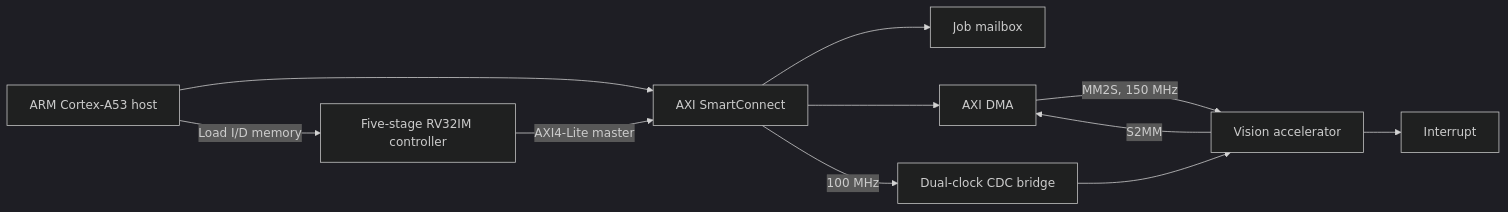
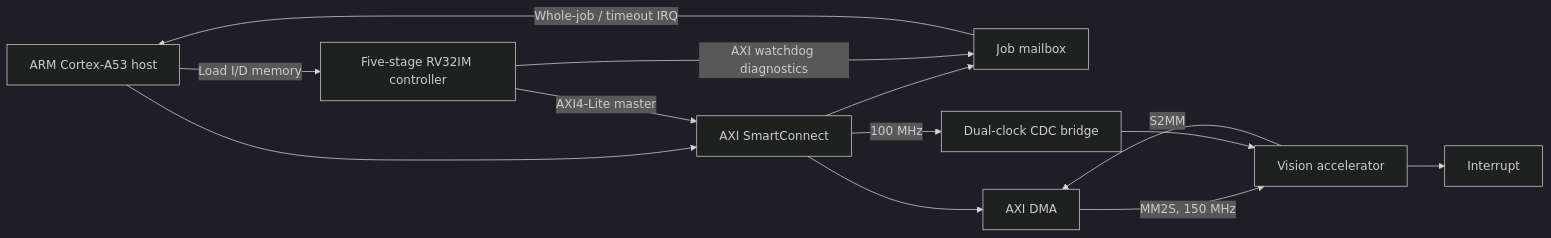
Before and after one commit to michaelgirg/zynq-ultra96-ai-vision-accelerator: the diagram in README.md, drawn with Mermaid (dark theme). The commit also changed other lines of this file and 18 other files, not shown here.

````diff
--- a/README.md
+++ b/README.md
@@ -10,13 +10,15 @@
 ```mermaid
 flowchart LR
     PS["ARM Cortex-A53 host"] --> CTRL["AXI SmartConnect"]
     RV["Five-stage RV32IM controller"] -->|"AXI4-Lite master"| CTRL
     PS -->|"Load I/D memory"| RV
     CTRL --> MAIL["Job mailbox"]
+    MAIL -->|"Whole-job / timeout IRQ"| PS
+    RV -->|"AXI watchdog diagnostics"| MAIL
     CTRL --> DMA["AXI DMA"]
     CTRL -->|"100 MHz"| CDC["Dual-clock CDC bridge"]
     DMA -->|"MM2S, 150 MHz"| IP["Vision accelerator"]
     CDC --> IP
     IP -->|"S2MM"| DMA
     IP --> IRQ["Interrupt"]
 ```
````
